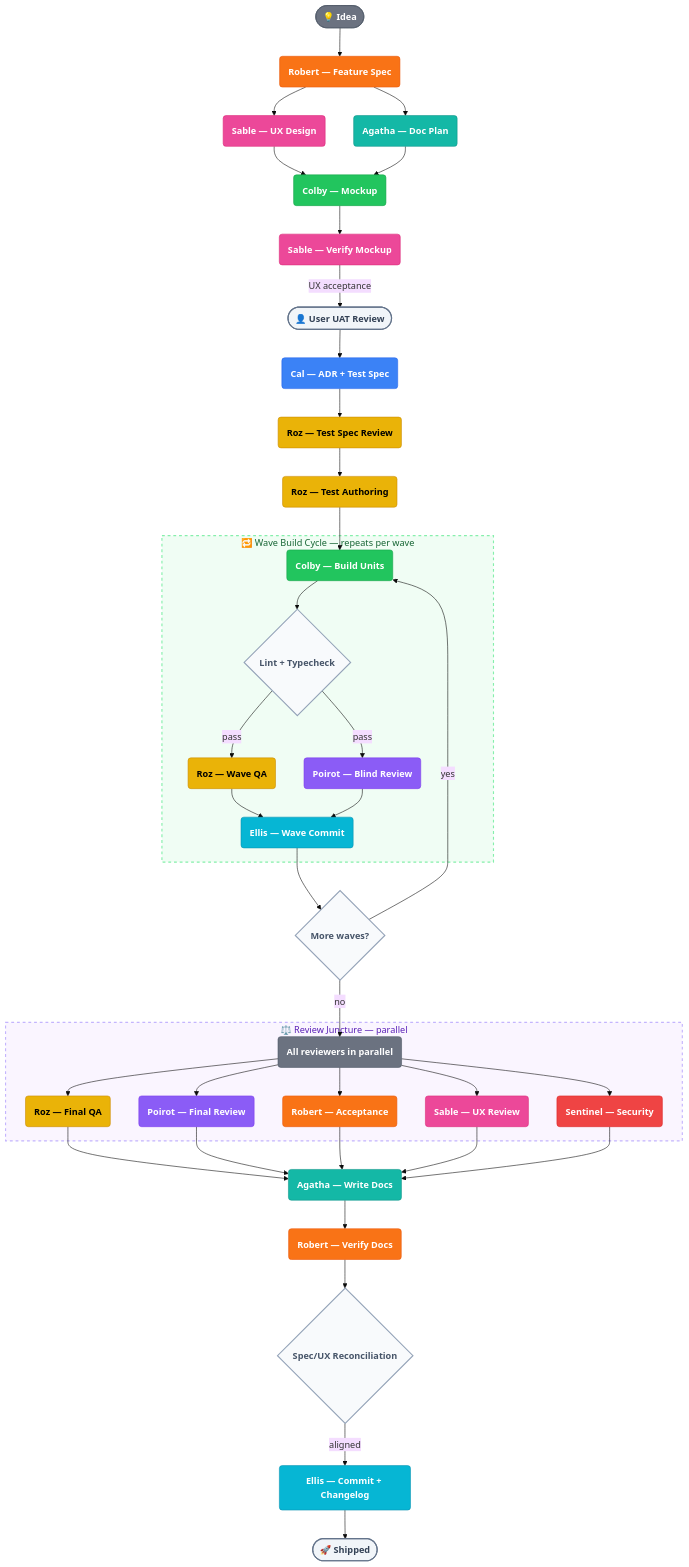
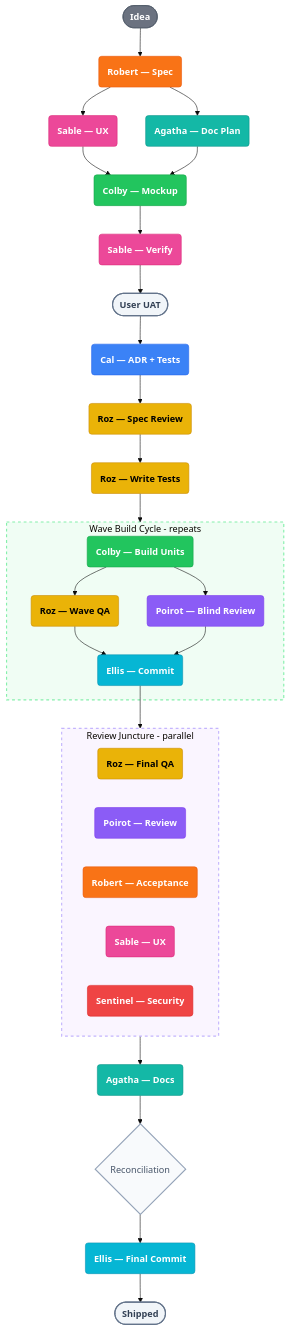
The diagram in README.md (robertsfeir/atelier-pipeline), drawn with Mermaid (base theme) before and after one commit.

Commit message:
fix: simplify Mermaid diagram layout for GitHub rendering

````diff
--- a/README.md
+++ b/README.md
@@ -173,68 +173,53 @@
 ```mermaid
 flowchart TD
-    IDEA([💡 Idea]):::system
-    IDEA --> ROBERT(Robert — Feature Spec):::robert
-
-    ROBERT --> SABLE_UX(Sable — UX Design):::sable
+    IDEA([Idea]):::system --> ROBERT(Robert — Spec):::robert
+    ROBERT --> SABLE_UX(Sable — UX):::sable
     ROBERT --> AGATHA_PLAN(Agatha — Doc Plan):::agatha
-
     SABLE_UX --> COLBY_MOCK(Colby — Mockup):::colby
     AGATHA_PLAN --> COLBY_MOCK
+    COLBY_MOCK --> SABLE_V(Sable — Verify):::sable
+    SABLE_V --> UAT([User UAT]):::user
+    UAT --> CAL(Cal — ADR + Tests):::cal
+    CAL --> ROZ_SPEC(Roz — Spec Review):::roz
+    ROZ_SPEC --> ROZ_WRITE(Roz — Write Tests):::roz
 
-    COLBY_MOCK --> SABLE_VERIFY(Sable — Verify Mockup):::sable
-    SABLE_VERIFY -->|UX acceptance| UAT([👤 User UAT Review]):::user
-    UAT --> CAL(Cal — ADR + Test Spec):::cal
-    CAL --> ROZ_SPEC(Roz — Test Spec Review):::roz
-    ROZ_SPEC --> ROZ_AUTHOR(Roz — Test Authoring):::roz
+    ROZ_WRITE --> BUILD
 
-    ROZ_AUTHOR --> WAVE_START
-
-    subgraph WAVE ["🔁 Wave Build Cycle — repeats per wave"]
-        WAVE_START(Colby — Build Units):::colby
-        WAVE_START --> LINT{Lint + Typecheck}:::gate
-        LINT -->|pass| WAVE_QA(Roz — Wave QA):::roz
-        LINT -->|pass| POIROT_W(Poirot — Blind Review):::poirot
-        WAVE_QA --> ELLIS_W(Ellis — Wave Commit):::ellis
-        POIROT_W --> ELLIS_W
+    subgraph BUILD [Wave Build Cycle - repeats]
+        COLBY_B(Colby — Build Units):::colby --> QA_SPLIT
+        QA_SPLIT(Roz — Wave QA):::roz --> ELLIS_W(Ellis — Commit):::ellis
+        POIROT_W(Poirot — Blind Review):::poirot --> ELLIS_W
+        COLBY_B --> POIROT_W
     end
 
-    ELLIS_W --> MORE{More waves?}:::gate
-    MORE -->|yes| WAVE_START
-    MORE -->|no| JUNCTURE_START
+    ELLIS_W --> REVIEW
 
-    subgraph JUNCTURE ["⚖️ Review Juncture — parallel"]
-        JUNCTURE_START(All reviewers in parallel):::system
-        JUNCTURE_START --> ROZ_F(Roz — Final QA):::roz
-        JUNCTURE_START --> POIROT_F(Poirot — Final Review):::poirot
-        JUNCTURE_START --> ROBERT_F(Robert — Acceptance):::robert
-        JUNCTURE_START --> SABLE_F(Sable — UX Review):::sable
-        JUNCTURE_START --> SENTINEL_F(Sentinel — Security):::sentinel
+    subgraph REVIEW [Review Juncture - parallel]
+        ROZ_F(Roz — Final QA):::roz
+        POIROT_F(Poirot — Review):::poirot
+        ROBERT_F(Robert — Acceptance):::robert
+        SABLE_F(Sable — UX):::sable
+        SENTINEL_F(Sentinel — Security):::sentinel
     end
 
-    ROZ_F --> AGATHA_DOCS(Agatha — Write Docs):::agatha
-    POIROT_F --> AGATHA_DOCS
-    ROBERT_F --> AGATHA_DOCS
-    SABLE_F --> AGATHA_DOCS
-    SENTINEL_F --> AGATHA_DOCS
-
-    AGATHA_DOCS --> ROBERT_ACCEPT(Robert — Verify Docs):::robert
-    ROBERT_ACCEPT --> RECONCILE{Spec/UX Reconciliation}:::gate
-    RECONCILE -->|aligned| ELLIS_FINAL(Ellis — Commit + Changelog):::ellis
-    ELLIS_FINAL --> DONE([🚀 Shipped]):::user
+    REVIEW --> AGATHA(Agatha — Docs):::agatha
+    AGATHA --> RECONCILE{Reconciliation}:::gate
+    RECONCILE --> ELLIS_F(Ellis — Final Commit):::ellis
+    ELLIS_F --> DONE([Shipped]):::user
 
     classDef cal fill:#3b82f6,stroke:#2563eb,color:#fff,font-weight:bold
     classDef colby fill:#22c55e,stroke:#16a34a,color:#fff,font-weight:bold
     classDef roz fill:#eab308,stroke:#ca8a04,color:#000,font-weight:bold
     classDef ellis fill:#06b6d4,stroke:#0891b2,color:#fff,font-weight:bold
     classDef robert fill:#f97316,stroke:#ea580c,color:#fff,font-weight:bold
     classDef sable fill:#ec4899,stroke:#db2777,color:#fff,font-weight:bold
     classDef poirot fill:#8b5cf6,stroke:#7c3aed,color:#fff,font-weight:bold
     classDef agatha fill:#14b8a6,stroke:#0d9488,color:#fff,font-weight:bold
     classDef sentinel fill:#ef4444,stroke:#dc2626,color:#fff,font-weight:bold
     classDef system fill:#6b7280,stroke:#4b5563,color:#fff,font-weight:bold
     classDef user fill:#f1f5f9,stroke:#64748b,stroke-width:2px,color:#334155,font-weight:bold
-    classDef gate fill:#f8fafc,stroke:#94a3b8,stroke-width:2px,color:#475569,font-weight:bold
+    classDef gate fill:#f8fafc,stroke:#94a3b8,stroke-width:2px,color:#475569
 
-    style WAVE fill:#f0fdf4,stroke:#86efac,stroke-width:2px,stroke-dasharray:5 5,color:#166534
-    style JUNCTURE fill:#faf5ff,stroke:#c4b5fd,stroke-width:2px,stroke-dasharray:5 5,color:#5b21b6
+    style BUILD fill:#f0fdf4,stroke:#86efac,stroke-width:2px,stroke-dasharray:5 5
+    style REVIEW fill:#faf5ff,stroke:#c4b5fd,stroke-width:2px,stroke-dasharray:5 5
 ```
````
